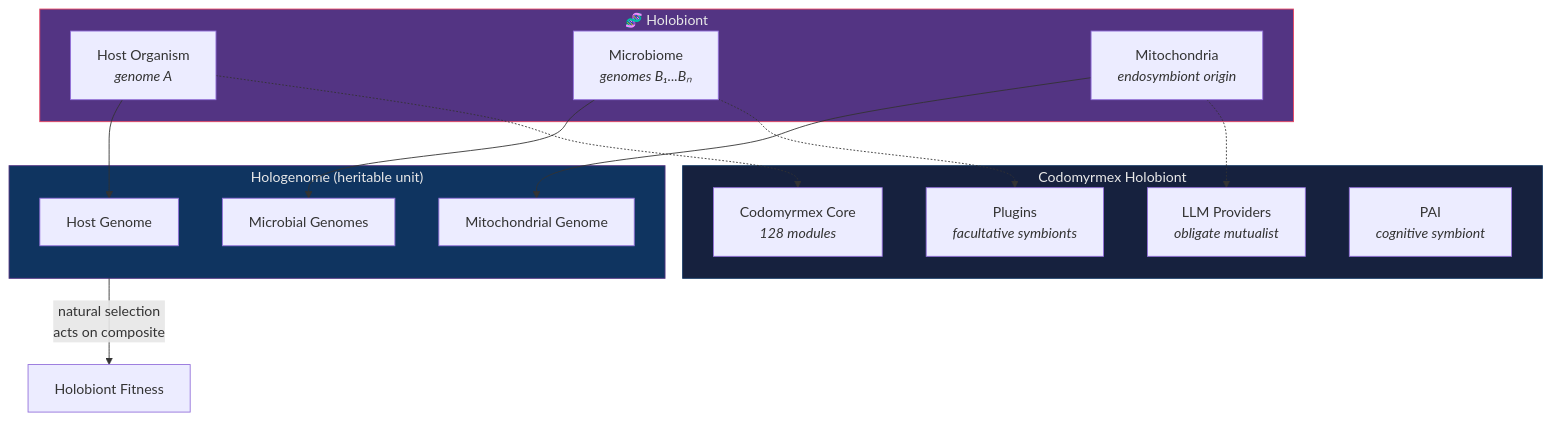
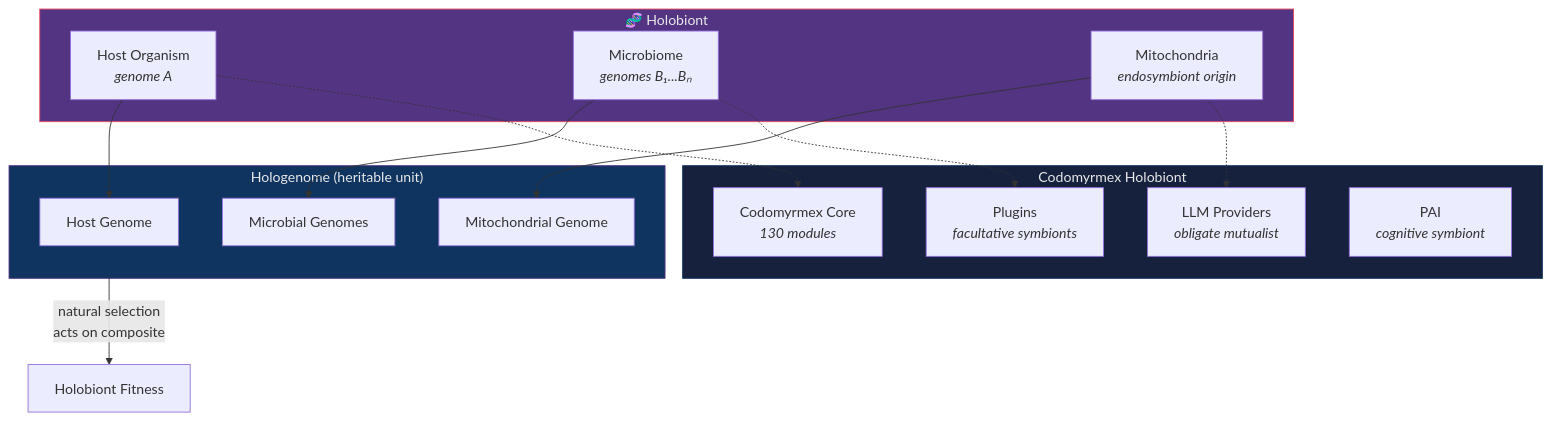
One commit to docxology/codomyrmex changed the first of 2 diagrams in docs/bio/symbiosis.md. Above: the diagram before and after it, drawn with Mermaid. The commit also changed 255 other files, not shown here.

````diff
--- a/docs/bio/symbiosis.md
+++ b/docs/bio/symbiosis.md
@@ -17,35 +17,35 @@
 ```mermaid
 graph TB
     subgraph HOLOBIONT["🧬 Holobiont"]
         HOST["Host Organism<br/><i>genome A</i>"]
         MICRO["Microbiome<br/><i>genomes B₁...Bₙ</i>"]
         MITO["Mitochondria<br/><i>endosymbiont origin</i>"]
     end
 
     subgraph HOLOGENOME["Hologenome (heritable unit)"]
         HOST_G["Host Genome"]
         MICRO_G["Microbial Genomes"]
         MITO_G["Mitochondrial Genome"]
     end
 
     HOST --> HOST_G
     MICRO --> MICRO_G
     MITO --> MITO_G
 
     HOLOGENOME -->|"natural selection<br/>acts on composite"| FITNESS["Holobiont Fitness"]
 
     subgraph CDM_HOLO["Codomyrmex Holobiont"]
-        CDM_HOST["Codomyrmex Core<br/><i>128 modules</i>"]
+        CDM_HOST["Codomyrmex Core<br/><i>130 modules</i>"]
         CDM_LLM["LLM Providers<br/><i>obligate mutualist</i>"]
         CDM_PLUGINS["Plugins<br/><i>facultative symbionts</i>"]
         CDM_PAI["PAI<br/><i>cognitive symbiont</i>"]
     end
 
     HOST -.-> CDM_HOST
     MICRO -.-> CDM_PLUGINS
     MITO -.-> CDM_LLM
 
     style HOLOBIONT fill:#533483,stroke:#e94560,color:#e8e8e8
     style HOLOGENOME fill:#0f3460,stroke:#533483,color:#e8e8e8
     style CDM_HOLO fill:#16213e,stroke:#0f3460,color:#e8e8e8
 ```
````
